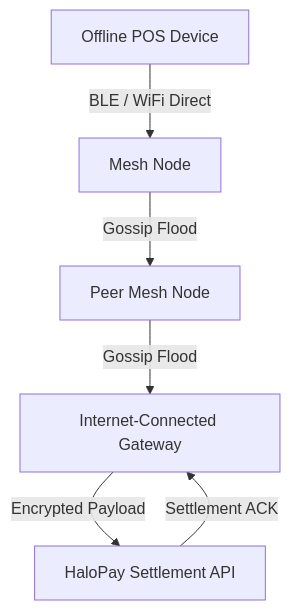
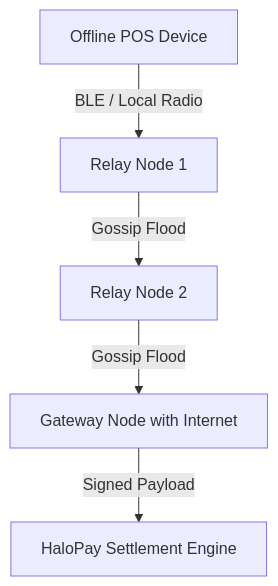
The diagram in README.md (HaloPaye/halopay-mesh-relayer), drawn with Mermaid before and after one commit. The commit also changed other lines of this file, not shown here.

````diff
--- a/README.md
+++ b/README.md
@@ -40,8 +23,7 @@
 ```mermaid
 graph TD
-  POS[Offline POS Device] -->|BLE / WiFi Direct| Node[Mesh Node]
-  Node -->|Gossip Flood| Node2[Peer Mesh Node]
-  Node2 -->|Gossip Flood| Gateway[Internet-Connected Gateway]
-  Gateway -->|Encrypted Payload| API[HaloPay Settlement API]
-  API -->|Settlement ACK| Gateway
+  POS[Offline POS Device] -->|BLE / Local Radio| Node1[Relay Node 1]
+  Node1 -->|Gossip Flood| Node2[Relay Node 2]
+  Node2 -->|Gossip Flood| Gateway[Gateway Node with Internet]
+  Gateway -->|Signed Payload| API[HaloPay Settlement Engine]
 ```
````
